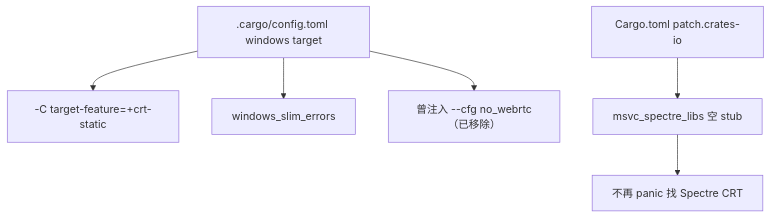
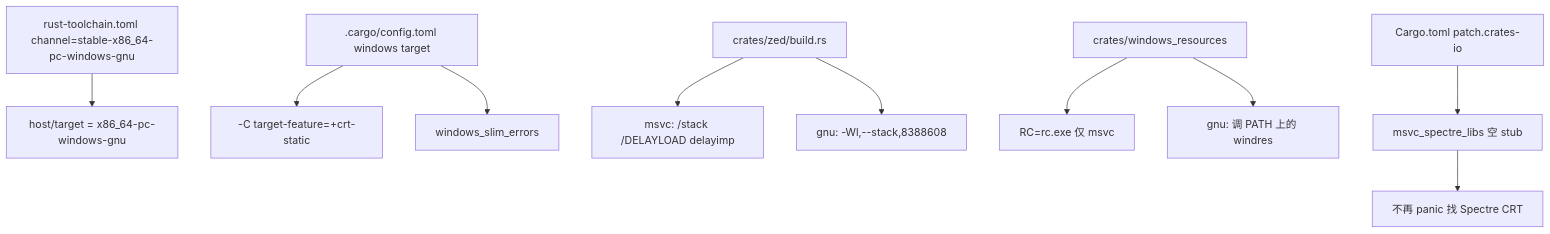
One commit to rzhangjing/zed changed the diagram in wiki/Building-on-Windows.md. Above: the diagram before and after it, drawn with Mermaid. The commit also changed other lines of this file and 5 other files, not shown here.

````diff
--- a/wiki/Building-on-Windows.md
+++ b/wiki/Building-on-Windows.md
@@ -18,8 +21,12 @@
 ```mermaid
 graph TB
+    TC[rust-toolchain.toml channel=stable-x86_64-pc-windows-gnu] --> HOST[host/target = x86_64-pc-windows-gnu]
     CFG[.cargo/config.toml windows target] --> C[-C target-feature=+crt-static]
     CFG --> D[windows_slim_errors]
-    CFG --> X[曾注入 --cfg no_webrtc（已移除）]
+    BRS[crates/zed/build.rs] --> MSVCARG[msvc: /stack /DELAYLOAD delayimp]
+    BRS --> GNUARG[gnu: -Wl,--stack,8388608]
+    RC[crates/windows_resources] --> RCENV[RC=rc.exe 仅 msvc]
+    RC --> WINDRES[gnu: 调 PATH 上的 windres]
     PATCH[Cargo.toml patch.crates-io] --> SP[msvc_spectre_libs 空 stub]
     SP --> NOERR[不再 panic 找 Spectre CRT]
 ```
````
